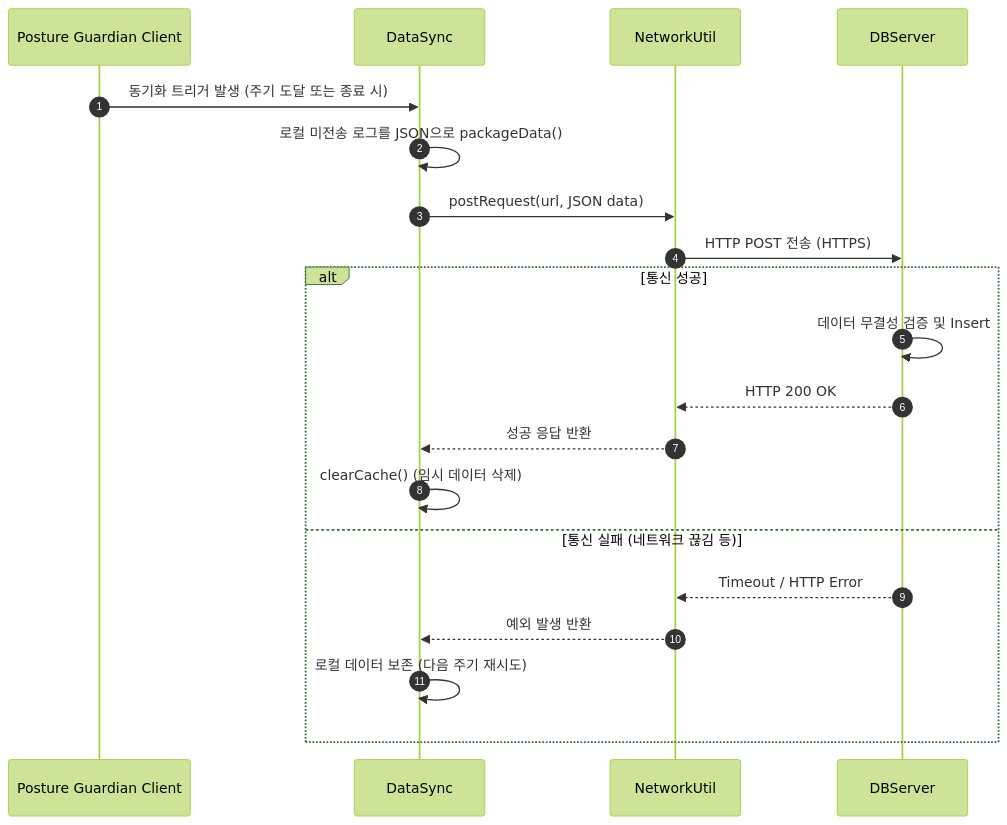
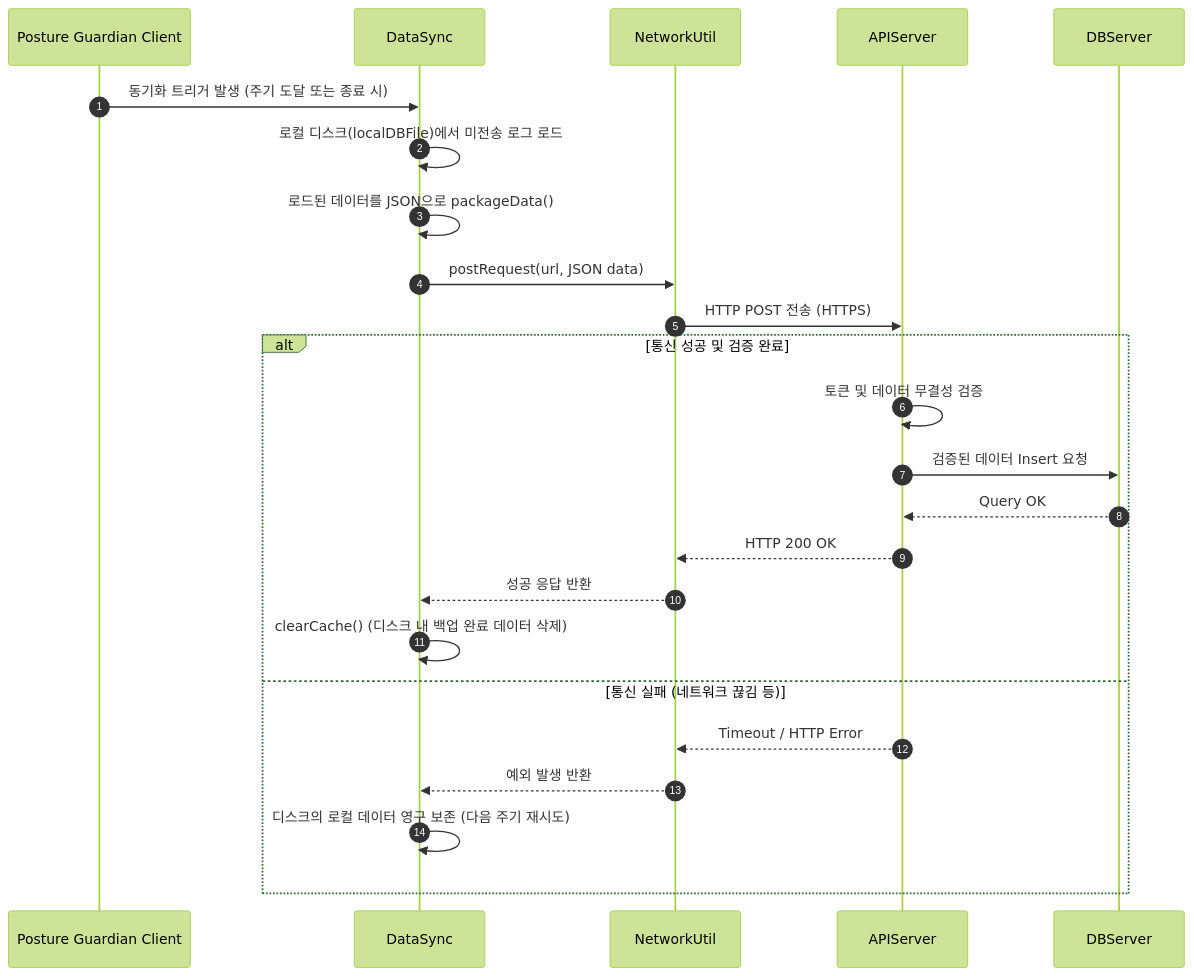
The fifth of 6 diagrams in Design_[22313532_전동규].md (wjsehd/Posture-Guardian-Project), drawn with Mermaid (forest theme) before and after one commit. The commit also changed other lines of this file, not shown here.

Commit message:
v 3.1.0 / 설계 단계(Design) 최종 최종 작성 (API 서버 도입, 책임 분리, 로컬 파일 캐싱 등)

````diff
--- a/Design_[22313532_전동규].md
+++ b/Design_[22313532_전동규].md
@@ -257,24 +271,28 @@
 ```mermaid
 sequenceDiagram
     autonumber
     participant SYS as Posture Guardian Client
     participant DS as DataSync
     participant NW as NetworkUtil
+    participant API as APIServer
     participant DB as DBServer
 
     SYS->>DS: 동기화 트리거 발생 (주기 도달 또는 종료 시)
-    DS->>DS: 로컬 미전송 로그를 JSON으로 packageData()
+    DS->>DS: 로컬 디스크(localDBFile)에서 미전송 로그 로드
+    DS->>DS: 로드된 데이터를 JSON으로 packageData()
     DS->>NW: postRequest(url, JSON data)
-    NW->>DB: HTTP POST 전송 (HTTPS)
+    NW->>API: HTTP POST 전송 (HTTPS)
     
-    alt 통신 성공
-        DB->>DB: 데이터 무결성 검증 및 Insert
-        DB-->>NW: HTTP 200 OK
+    alt 통신 성공 및 검증 완료
+        API->>API: 토큰 및 데이터 무결성 검증
+        API->>DB: 검증된 데이터 Insert 요청
+        DB-->>API: Query OK
+        API-->>NW: HTTP 200 OK
         NW-->>DS: 성공 응답 반환
-        DS->>DS: clearCache() (임시 데이터 삭제)
+        DS->>DS: clearCache() (디스크 내 백업 완료 데이터 삭제)
     else 통신 실패 (네트워크 끊김 등)
-        DB-->>NW: Timeout / HTTP Error
+        API-->>NW: Timeout / HTTP Error
         NW-->>DS: 예외 발생 반환
-        DS->>DS: 로컬 데이터 보존 (다음 주기 재시도)
+        DS->>DS: 디스크의 로컬 데이터 영구 보존 (다음 주기 재시도)
     end
 ```
````
